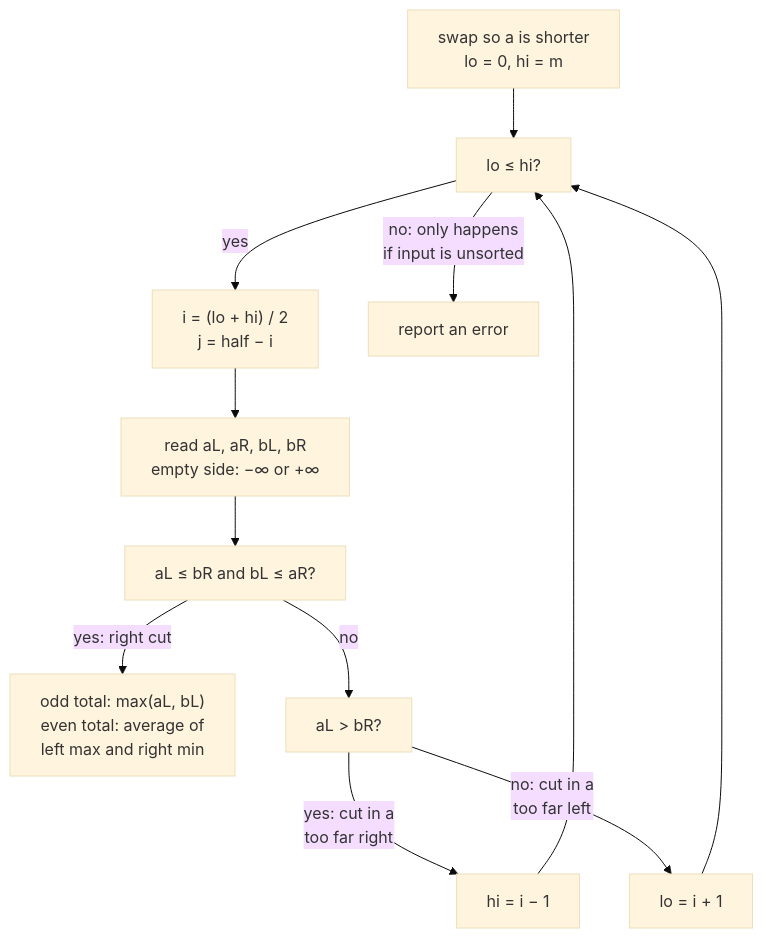
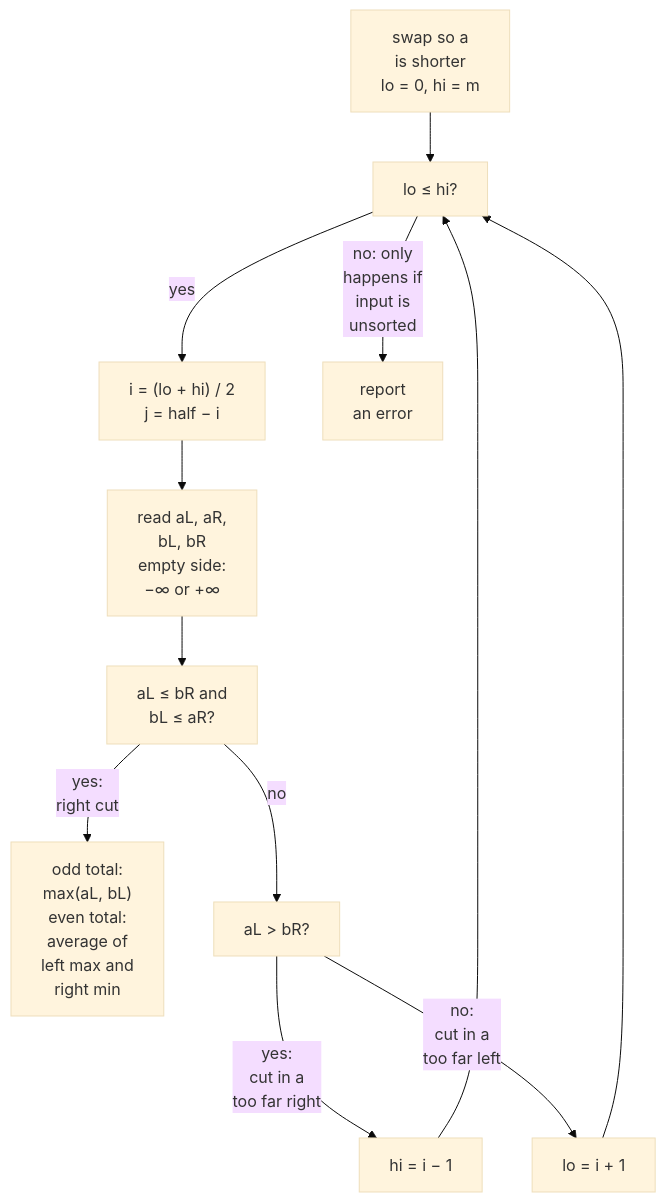
Before and after one commit to duongbui234/software-engineering-atlas: the diagram in content/en/problems/median-of-two-sorted-arrays.md, drawn with Mermaid (base theme). The commit also changed 134 other files, not shown here.

First line of the commit message:
Fit every Mermaid diagram at 390px without sideways scroll (#56)

````diff
--- a/content/en/problems/median-of-two-sorted-arrays.md
+++ b/content/en/problems/median-of-two-sorted-arrays.md
@@ -50,14 +50,14 @@
 ```mermaid
 flowchart TB
-  A["swap so a is shorter<br/>lo = 0, hi = m"] --> B["lo ≤ hi?"]
+  A["swap so a<br/>is shorter<br/>lo = 0, hi = m"] --> B["lo ≤ hi?"]
   B -->|"yes"| C["i = (lo + hi) / 2<br/>j = half − i"]
-  C --> D["read aL, aR, bL, bR<br/>empty side: −∞ or +∞"]
-  D --> E["aL ≤ bR and bL ≤ aR?"]
-  E -->|"yes: right cut"| F["odd total: max(aL, bL)<br/>even total: average of<br/>left max and right min"]
+  C --> D["read aL, aR,<br/>bL, bR<br/>empty side:<br/>−∞ or +∞"]
+  D --> E["aL ≤ bR and<br/>bL ≤ aR?"]
+  E -->|"yes:<br/>right cut"| F["odd total:<br/>max(aL, bL)<br/>even total:<br/>average of<br/>left max and<br/>right min"]
   E -->|"no"| G["aL > bR?"]
-  G -->|"yes: cut in a<br/>too far right"| H["hi = i − 1"]
-  G -->|"no: cut in a<br/>too far left"| I["lo = i + 1"]
+  G -->|"yes:<br/>cut in a<br/>too far right"| H["hi = i − 1"]
+  G -->|"no:<br/>cut in a<br/>too far left"| I["lo = i + 1"]
   H --> B
   I --> B
-  B -->|"no: only happens<br/>if input is unsorted"| X["report an error"]
+  B -->|"no: only<br/>happens if<br/>input is<br/>unsorted"| X["report<br/>an error"]
 ```
````
